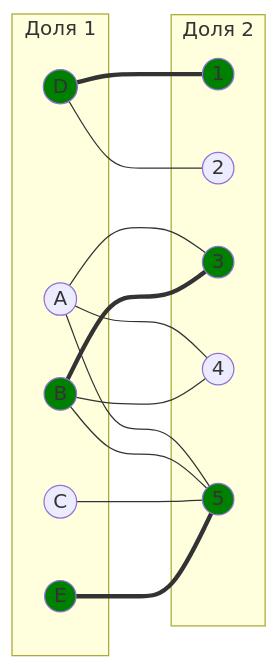
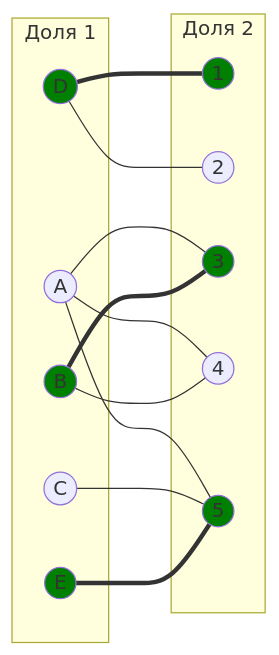
Before and after one commit to algos-ris-24-5/manual-tasks: the fourth of 16 diagrams in Задание 8/pedigree.md, drawn with Mermaid. The commit also changed other lines of this file, not shown here.

````diff
--- a/Задание 8/pedigree.md
+++ b/Задание 8/pedigree.md
@@ -157,34 +165,33 @@
 ```mermaid
 graph LR
     subgraph "Доля 1"
         A((A))
         B((B))
         C((C))
         D((D))
         E((E))
     end
     subgraph "Доля 2"
         1((1))
         2((2))
         3((3))
         4((4))
         5((5))
     end
     A --- 3
     A --- 4
     A --- 5
     B === 3
     B --- 4
-    B --- 5
     C --- 5
     D === 1
     D --- 2
     E === 5
     
     style B fill:#008000
     style D fill:#008000
     style E fill:#008000
     style 3 fill:#008000
     style 1 fill:#008000
     style 5 fill:#008000
 ```
````
